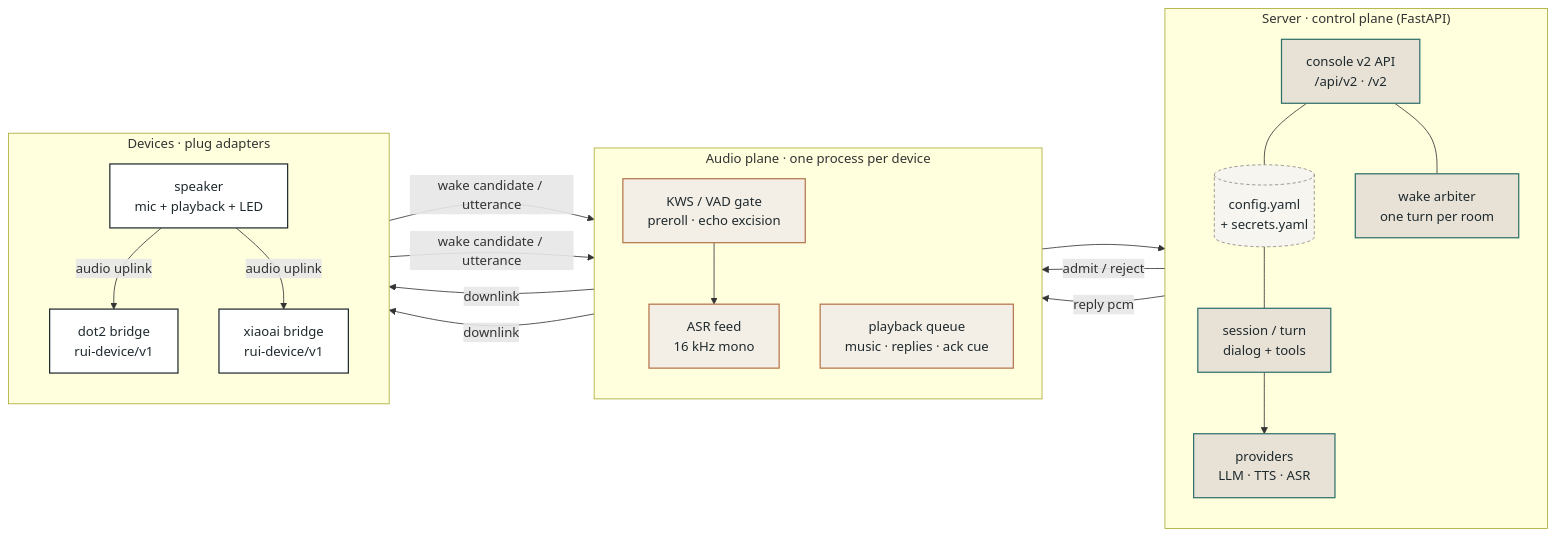
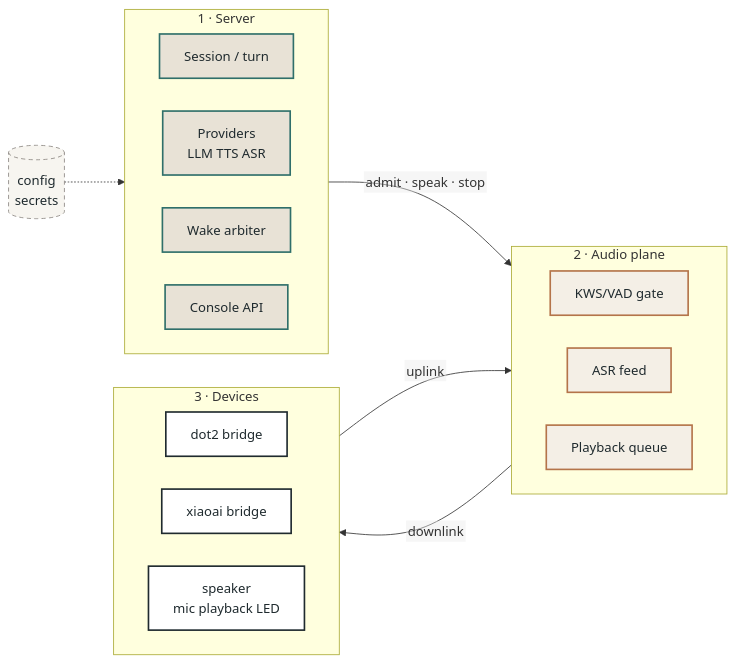
One commit to yes999zc/rui changed the diagram in docs/assets/architecture.mmd. Above: the diagram before and after it, drawn with Mermaid. The commit also changed 5 other files, not shown here.

First line of the commit message:
docs(readme): honest versions, per-room wording, device hero and a landscape diagram

```diff
--- a/docs/assets/architecture.mmd
+++ b/docs/assets/architecture.mmd
@@ -1,44 +1,37 @@
-%% rui — layered architecture (source for docs/assets/architecture.svg / .png)
+%% rui — layered architecture, vertical (source for docs/assets/architecture.svg / .png)
 %% palette: ink #1f2a2e, teal #2f6f6a, sand #e8e2d6, accent #b4744a
+%%{init: {'themeVariables': {'fontSize': '16px', 'fontFamily': 'Helvetica Neue, Arial, sans-serif'}, 'flowchart': {'htmlLabels': false, 'curve': 'basis', 'nodeSpacing': 40, 'rankSpacing': 60}}}%%
 flowchart LR
-  classDef svc fill:#e8e2d6,stroke:#2f6f6a,stroke-width:1.5px,color:#1f2a2e
-  classDef plane fill:#f4efe6,stroke:#b4744a,stroke-width:1.5px,color:#1f2a2e
-  classDef dev fill:#ffffff,stroke:#1f2a2e,stroke-width:1.5px,color:#1f2a2e
-  classDef store fill:#f7f5f0,stroke:#8a8580,stroke-dasharray:4 3,color:#1f2a2e
+  classDef svc fill:#e8e2d6,stroke:#2f6f6a,stroke-width:2px,color:#1f2a2e
+  classDef plane fill:#f4efe6,stroke:#b4744a,stroke-width:2px,color:#1f2a2e
+  classDef dev fill:#ffffff,stroke:#1f2a2e,stroke-width:2px,color:#1f2a2e
+  classDef store fill:#f7f5f0,stroke:#8a8580,stroke-dasharray:5 4,color:#1f2a2e
 
-  subgraph S["Server · control plane (FastAPI)"]
-    direction TB
-    T["session / turn<br/>dialog + tools"]:::svc
-    P["providers<br/>LLM · TTS · ASR"]:::svc
-    A["wake arbiter<br/>one turn per room"]:::svc
-    W["console v2 API<br/>/api/v2 · /v2"]:::svc
-    M[("config.yaml<br/>+ secrets.yaml")]:::store
+  subgraph SERVER["1 · Server"]
+    direction LR
+    S1["Session / turn"]:::svc
+    S2["Providers<br/>LLM TTS ASR"]:::svc
+    S3["Wake arbiter"]:::svc
+    S4["Console API"]:::svc
   end
 
-  subgraph B["Audio plane · one process per device"]
-    direction TB
-    K["KWS / VAD gate<br/>preroll · echo excision"]:::plane
-    F["ASR feed<br/>16 kHz mono"]:::plane
-    O["playback queue<br/>music · replies · ack cue"]:::plane
+  subgraph PLANE["2 · Audio plane"]
+    direction LR
+    P1["KWS/VAD gate"]:::plane
+    P2["ASR feed"]:::plane
+    P3["Playback queue"]:::plane
   end
 
-  subgraph D["Devices · plug adapters"]
-    direction TB
-    X["dot2 bridge<br/>rui-device/v1"]:::dev
-    Y["xiaoai bridge<br/>rui-device/v1"]:::dev
-    Z["speaker<br/>mic + playback + LED"]:::dev
+  subgraph DEV["3 · Devices"]
+    direction LR
+    D1["dot2 bridge"]:::dev
+    D2["xiaoai bridge"]:::dev
+    D3["speaker<br/>mic playback LED"]:::dev
   end
 
-  Z -->|"audio uplink"| X
-  Z -->|"audio uplink"| Y
-  X -->|"wake candidate / utterance"| K
-  Y -->|"wake candidate / utterance"| K
-  K --> F --> P
-  A -->|"admit / reject"| K
-  T --> P
-  P -->|"reply pcm"| O
-  O -->|"downlink"| X
-  O -->|"downlink"| Y
-  M --- T
-  W --- A
-  W --- M
+  CFG[("config<br/>secrets")]:::store
+
+  CFG -.-> SERVER
+  SERVER -->|"admit · speak · stop"| PLANE
+  PLANE -->|"downlink"| DEV
+  DEV -->|"uplink"| PLANE
```
